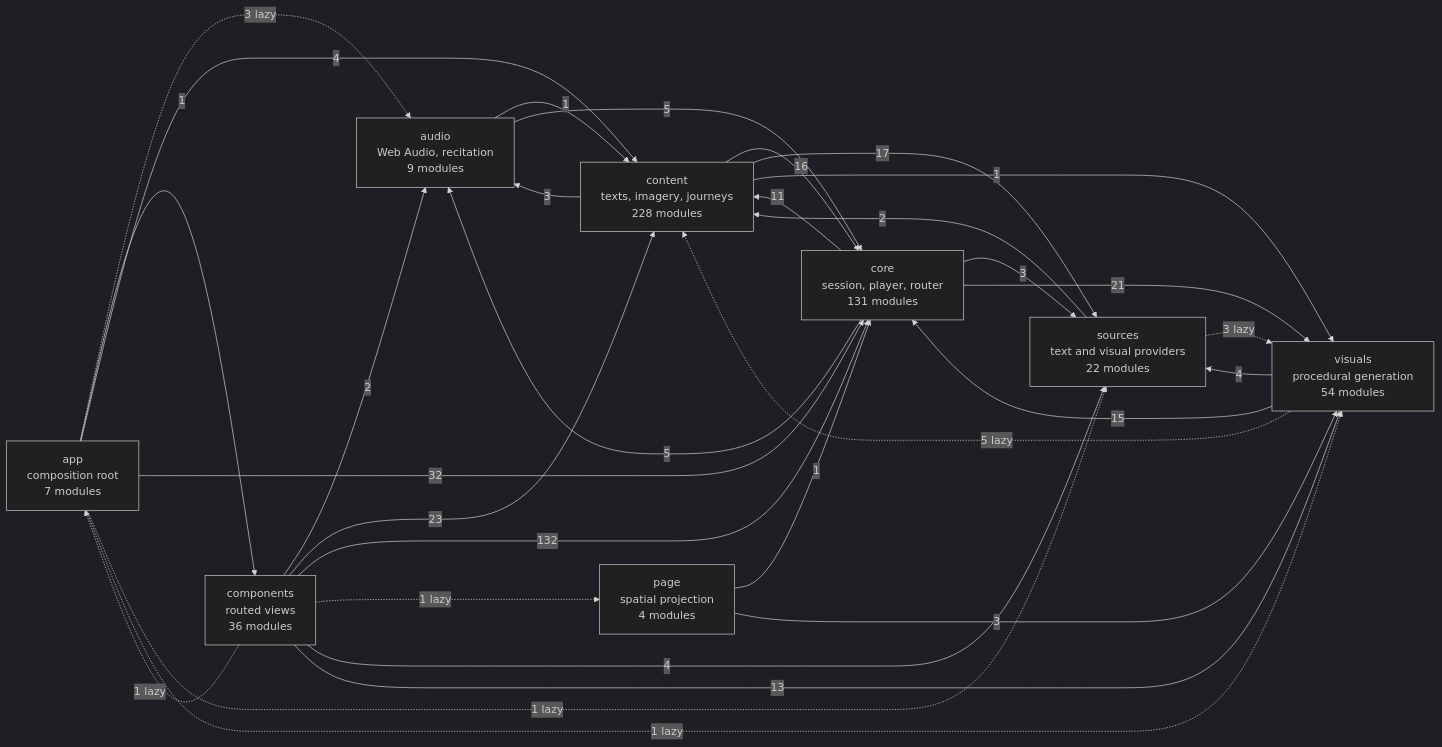
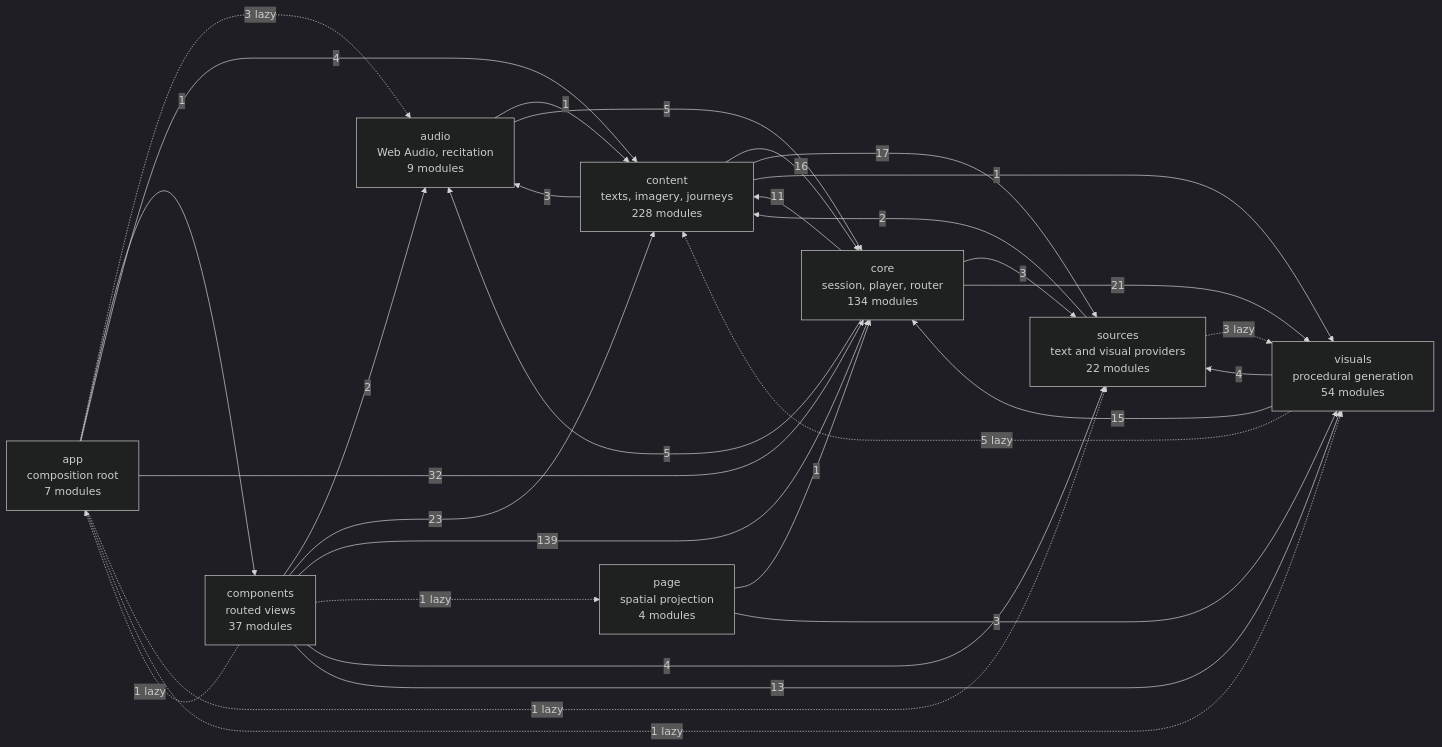
One commit to SyberLabs/RISE changed the diagram in docs/specs/ARCHITECTURE.md. Above: the diagram before and after it, drawn with Mermaid (dark theme).

Commit message:
Regenerate architecture diagram after rebase

````diff
--- a/docs/specs/ARCHITECTURE.md
+++ b/docs/specs/ARCHITECTURE.md
@@ -160,42 +160,42 @@
 ```mermaid
 flowchart LR
     app["app<br/>composition root<br/>7 modules"]
     audio["audio<br/>Web Audio, recitation<br/>9 modules"]
-    components["components<br/>routed views<br/>36 modules"]
+    components["components<br/>routed views<br/>37 modules"]
     content["content<br/>texts, imagery, journeys<br/>228 modules"]
-    core["core<br/>session, player, router<br/>131 modules"]
+    core["core<br/>session, player, router<br/>134 modules"]
     page["page<br/>spatial projection<br/>4 modules"]
     sources["sources<br/>text and visual providers<br/>22 modules"]
     visuals["visuals<br/>procedural generation<br/>54 modules"]
 
     app -.-> |3 lazy| audio
     app --> |1| components
     app --> |4| content
     app --> |32| core
     app -.-> |1 lazy| sources
     app -.-> |1 lazy| visuals
     audio --> |1| content
     audio --> |5| core
     components -.-> |1 lazy| app
     components --> |2| audio
     components --> |23| content
-    components --> |132| core
+    components --> |139| core
     components -.-> |1 lazy| page
     components --> |4| sources
     components --> |13| visuals
     content --> |3| audio
     content --> |16| core
     content --> |17| sources
     content --> |1| visuals
     core --> |5| audio
     core --> |11| content
     core --> |3| sources
     core --> |21| visuals
     page --> |1| core
     page --> |3| visuals
     sources --> |2| content
     sources -.-> |3 lazy| visuals
     visuals -.-> |5 lazy| content
     visuals --> |15| core
     visuals --> |4| sources
 ```
````
